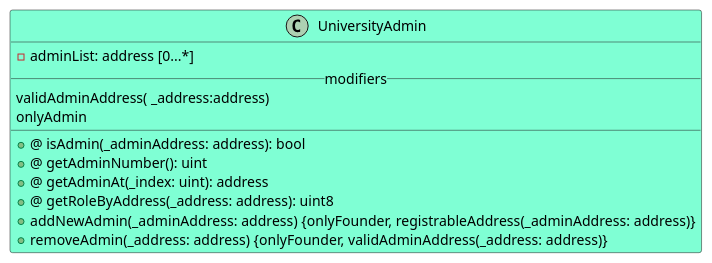
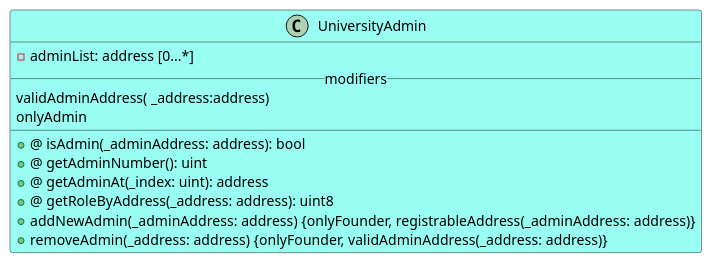
The diagram in Solidity/Contracts/UniversityAdmin.iuml (M9k/Marvin-Uml), drawn with PlantUML before and after one commit. The commit also changed 9 other files, not shown here.

```diff
--- a/Solidity/Contracts/UniversityAdmin.iuml
+++ b/Solidity/Contracts/UniversityAdmin.iuml
@@ -1,16 +1,16 @@
 @startuml
 
-class UniversityAdmin #AquaMarine {
+class UniversityAdmin #99FFF3 {
 - adminList: address [0...*]
 __modifiers__
 validAdminAddress( _address:address)
 onlyAdmin
 __
 +@ isAdmin(_adminAddress: address): bool
 +@ getAdminNumber(): uint
 +@ getAdminAt(_index: uint): address
 +@ getRoleByAddress(_address: address): uint8
 + addNewAdmin(_adminAddress: address) {onlyFounder, registrableAddress(_adminAddress: address)}
 + removeAdmin(_address: address) {onlyFounder, validAdminAddress(_address: address)}
 }
 @enduml
```
